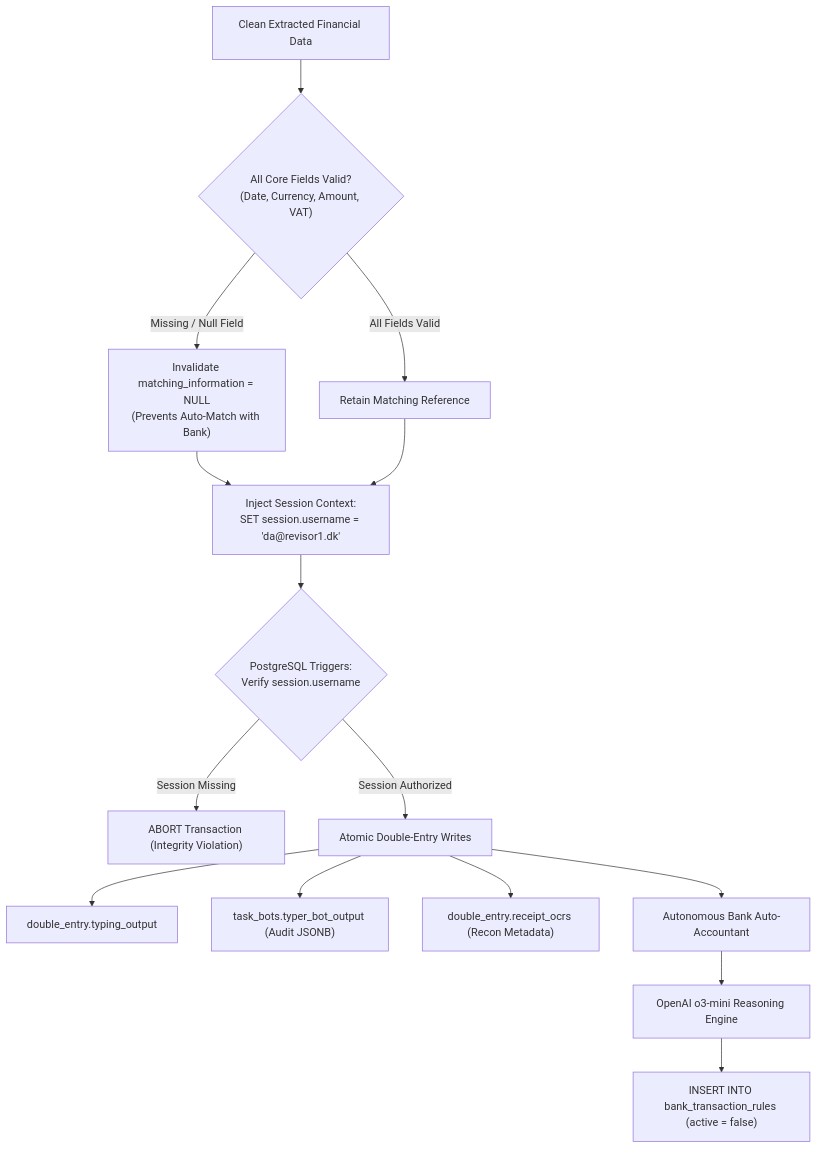
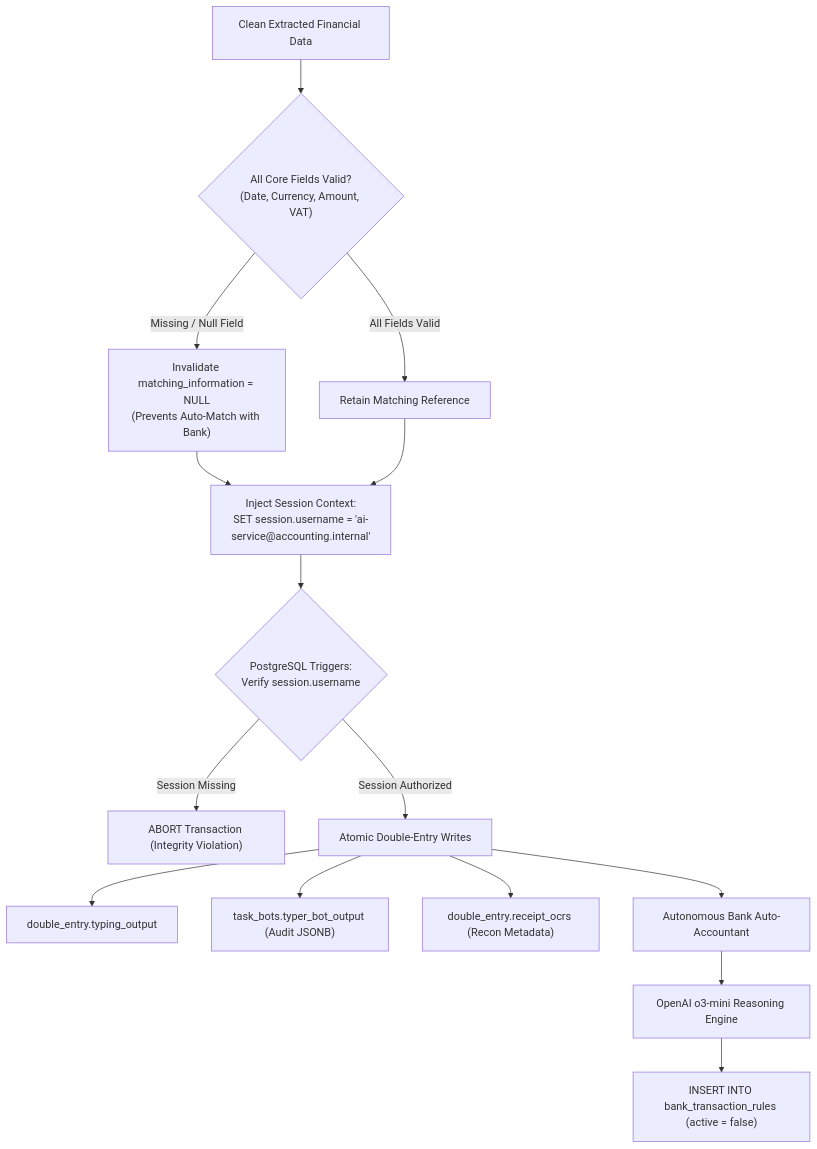
The diagram in docs/erp-reconciliation-and-safety.md (Nawaz393/receipt-ai-automation-architecture), drawn with Mermaid before and after one commit. The commit also changed other lines of this file and 14 other files, not shown here.

````diff
--- a/docs/erp-reconciliation-and-safety.md
+++ b/docs/erp-reconciliation-and-safety.md
@@ -9,22 +9,22 @@
 ```mermaid
 flowchart TD
     PARSED[Clean Extracted Financial Data] --> INTEGRITY_CHECK{"All Core Fields Valid?<br/>(Date, Currency, Amount, VAT)"}
 
     INTEGRITY_CHECK -->|Missing / Null Field| STRIP_MATCH["Invalidate matching_information = NULL<br/>(Prevents Auto-Match with Bank)"]
     INTEGRITY_CHECK -->|All Fields Valid| PRESERVE_MATCH[Retain Matching Reference]
 
-    STRIP_MATCH --> DB_SESSION["Inject Session Context:<br/>SET session.username = 'da@revisor1.dk'"]
+    STRIP_MATCH --> DB_SESSION["Inject Session Context:<br/>SET session.username = 'ai-service@accounting.internal'"]
     PRESERVE_MATCH --> DB_SESSION
 
     DB_SESSION --> AUDIT_TRIGGERS{"PostgreSQL Triggers:<br/>Verify session.username"}
     AUDIT_TRIGGERS -->|Session Missing| REJECT_TX["ABORT Transaction (Integrity Violation)"]
     AUDIT_TRIGGERS -->|Session Authorized| MUTATE_TABLES["Atomic Double-Entry Writes"]
 
     MUTATE_TABLES --> T1["double_entry.typing_output"]
     MUTATE_TABLES --> T2["task_bots.typer_bot_output (Audit JSONB)"]
     MUTATE_TABLES --> T3["double_entry.receipt_ocrs (Recon Metadata)"]
 
     MUTATE_TABLES --> BANK_PIPELINE["Autonomous Bank Auto-Accountant"]
     BANK_PIPELINE --> O3["OpenAI o3-mini Reasoning Engine"]
     O3 --> STAGE_RULES["INSERT INTO bank_transaction_rules (active = false)"]
 ```
````
